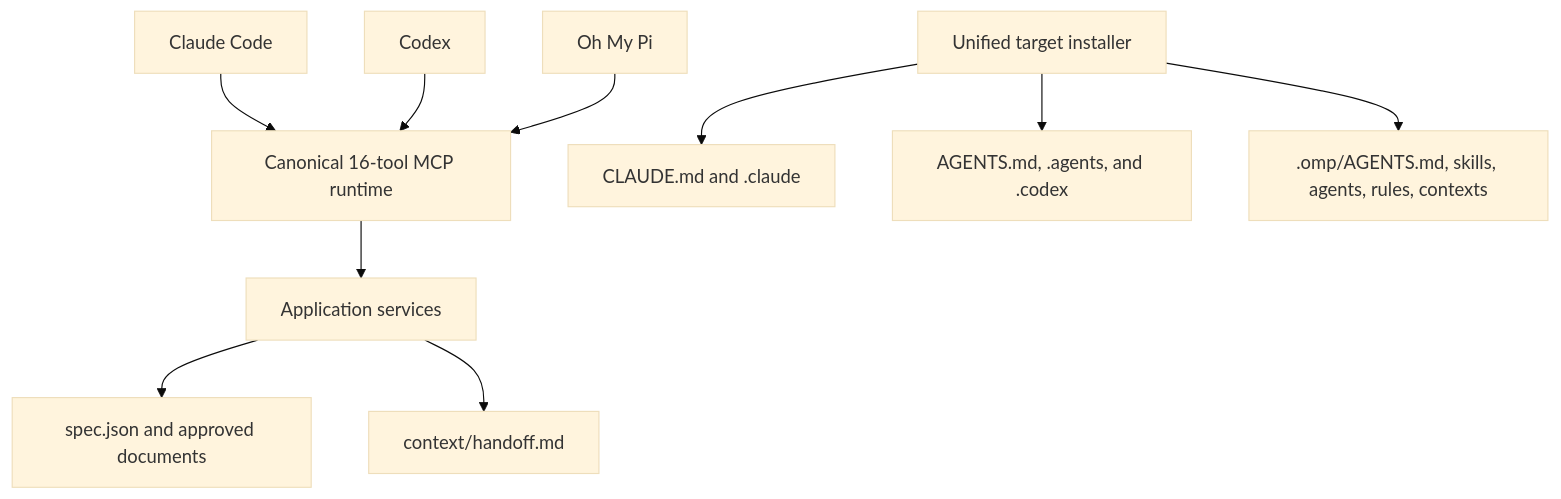
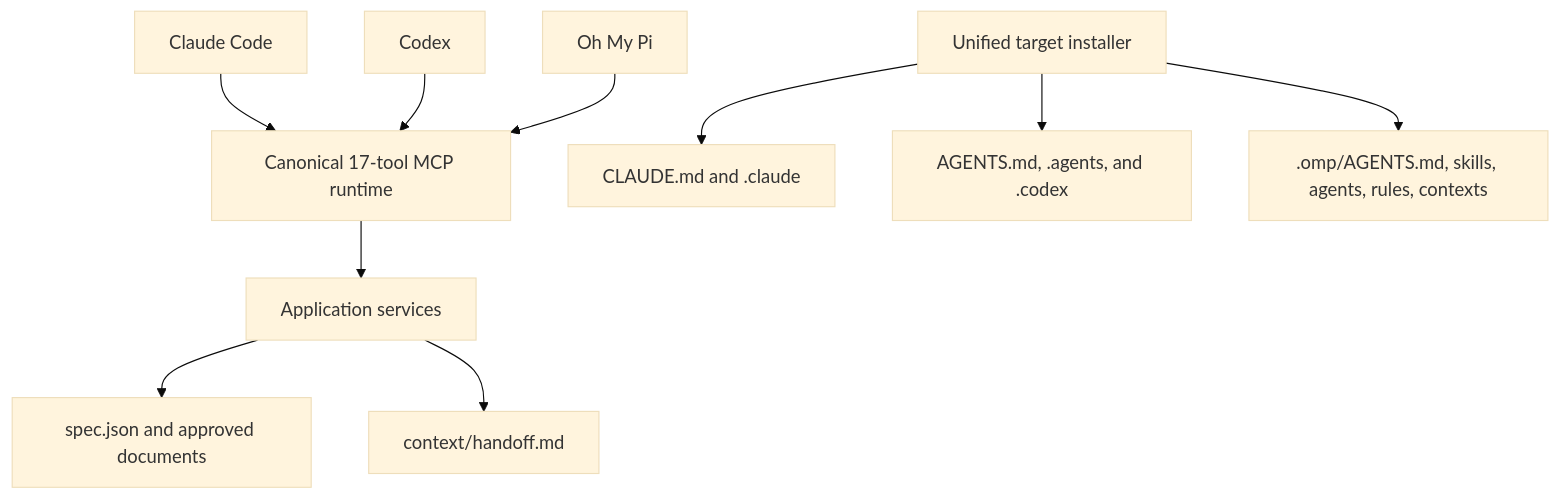
The diagram in ARCHITECTURE.md (yi-john-huang/sdd-mcp), drawn with Mermaid (base theme) before and after one commit. The commit also changed other lines of this file and 75 other files, not shown here.

````diff
--- a/ARCHITECTURE.md
+++ b/ARCHITECTURE.md
@@ -10,12 +10,12 @@
 ```mermaid
 graph TB
-    Claude[Claude Code] --> Runtime[Canonical 16-tool MCP runtime]
+    Claude[Claude Code] --> Runtime[Canonical 17-tool MCP runtime]
     Codex[Codex] --> Runtime
     OMP[Oh My Pi] --> Runtime
     Runtime --> Services[Application services]
     Services --> Spec[spec.json and approved documents]
     Services --> Handoff[context/handoff.md]
     Installer[Unified target installer] --> ClaudeTree[CLAUDE.md and .claude]
     Installer --> CodexTree[AGENTS.md, .agents, and .codex]
     Installer --> OMPTree[.omp/AGENTS.md, skills, agents, rules, contexts]
 ```
````
